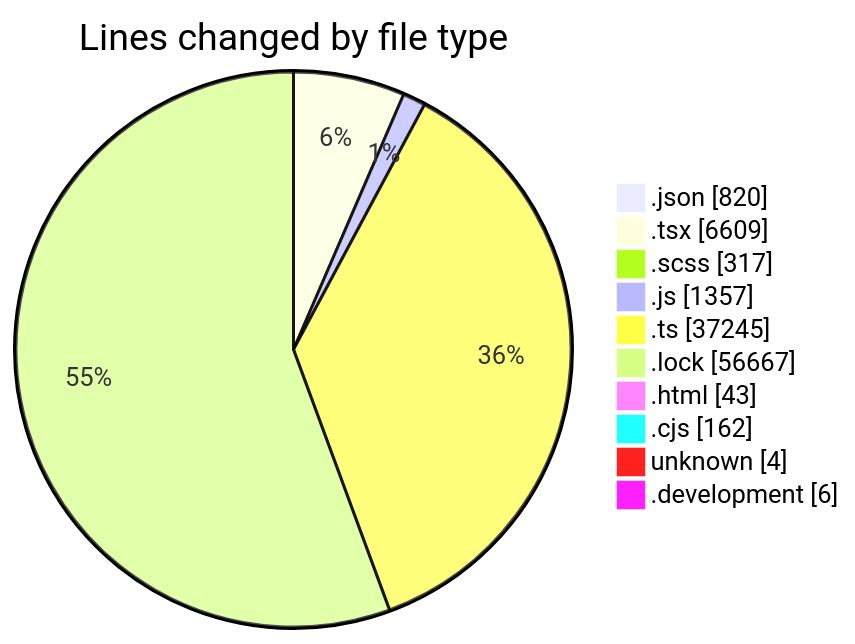
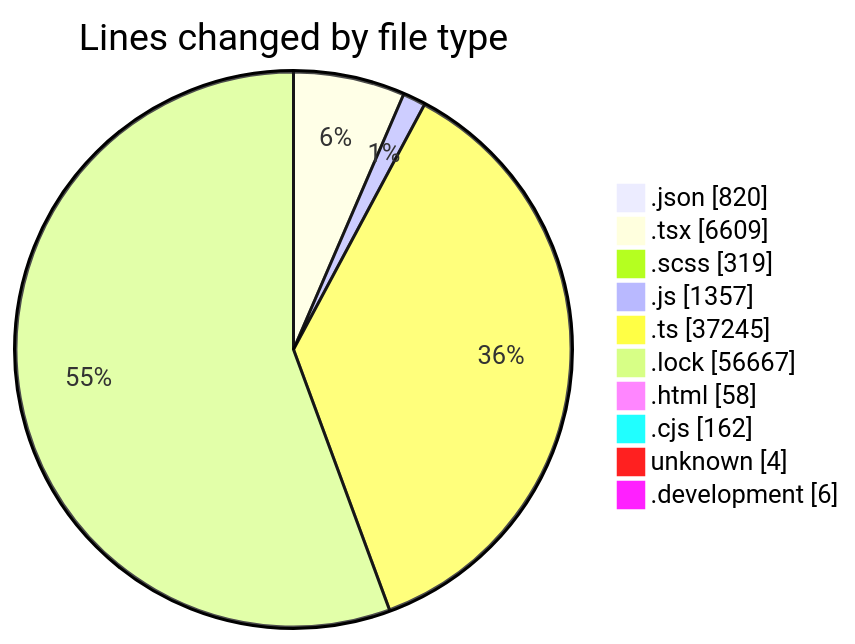
The first of 2 diagrams in 2026-09-03/cda/README.md (momahboobian/code-tracking), drawn with Mermaid before and after one commit. The commit also changed other lines of this file and 1 other file, not shown here.

````diff
--- a/2026-09-03/cda/README.md
+++ b/2026-09-03/cda/README.md
@@ -95,14 +96,14 @@
 ```mermaid
 pie showData
 title Lines changed by file type
 ".json" : 820
 ".tsx" : 6609
-".scss" : 317
+".scss" : 319
 ".js" : 1357
 ".ts" : 37245
 ".lock" : 56667
-".html" : 43
+".html" : 58
 ".cjs" : 162
 "unknown" : 4
 ".development" : 6
 ```
````
